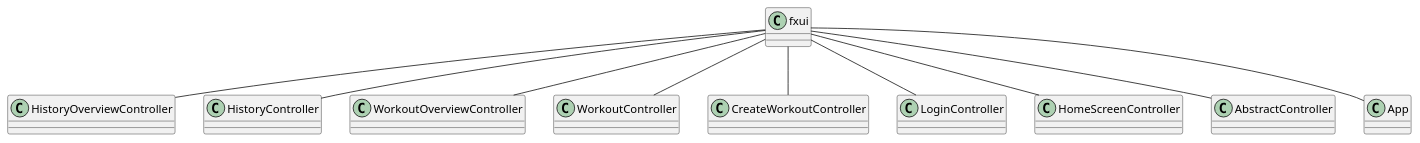
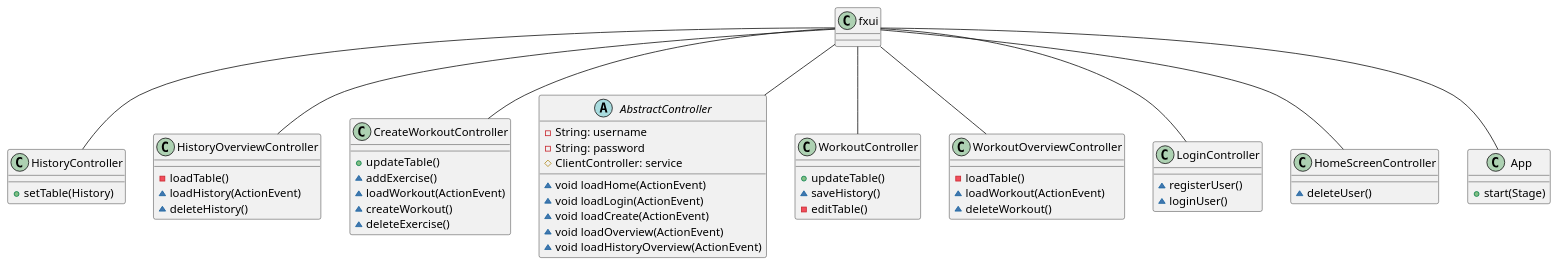
The diagram in docs/diagrams/fxuiDiagram.puml (Madt2/IT1901-Prosjekt-host-2021), drawn with PlantUML before and after one commit. The commit also changed 2 other files, not shown here.

```diff
--- a/docs/diagrams/fxuiDiagram.puml
+++ b/docs/diagrams/fxuiDiagram.puml
@@ -1,14 +1,69 @@
 @startuml Fxui Diagram
 scale 1
+
+class HistoryController {
+  +setTable(History)
+}
+
+class HistoryOverviewController {
+  -loadTable()
+  ~loadHistory(ActionEvent)
+  ~deleteHistory()
+}
+
+class CreateWorkoutController {
+  +updateTable()
+  ~addExercise()
+  ~loadWorkout(ActionEvent)
+  ~createWorkout()
+  ~deleteExercise()
+}
+
+abstract class AbstractController {
+  - String: username
+  - String: password
+  # ClientController: service 
+
+  ~void loadHome(ActionEvent)
+  ~void loadLogin(ActionEvent)
+  ~void loadCreate(ActionEvent)
+  ~void loadOverview(ActionEvent)
+  ~void loadHistoryOverview(ActionEvent)
+}
+
+class WorkoutController {
+  +updateTable()
+  ~saveHistory()
+  -editTable()
+}
+
+class WorkoutOverviewController {
+  -loadTable()
+  ~loadWorkout(ActionEvent)
+  ~deleteWorkout()
+}
+
+class LoginController {
+  ~registerUser()
+  ~loginUser()
+}
+
+class HomeScreenController {
+  ~deleteUser()
+}
+
+class App {
+  +start(Stage)
+}
 
 fxui -- HistoryOverviewController
 fxui -- HistoryController
 fxui -- WorkoutOverviewController
 fxui -- WorkoutController
 fxui -- CreateWorkoutController
 fxui -- LoginController
 fxui -- HomeScreenController
 fxui -- AbstractController
 fxui -- App
 
 @enduml
```
